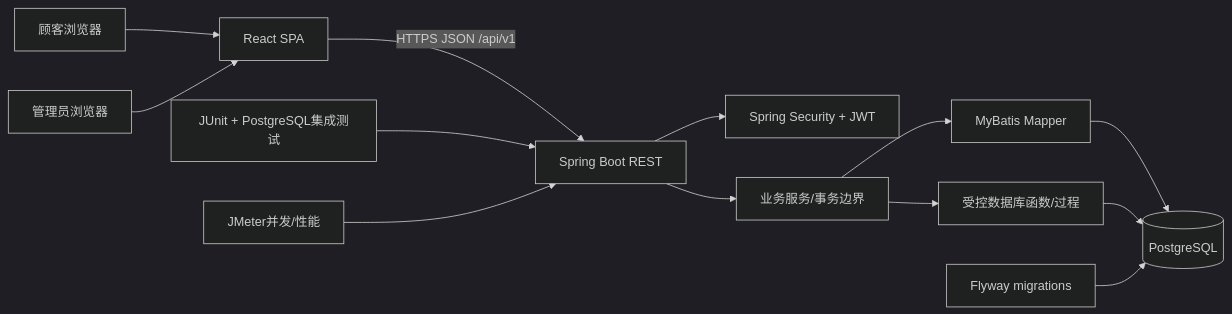
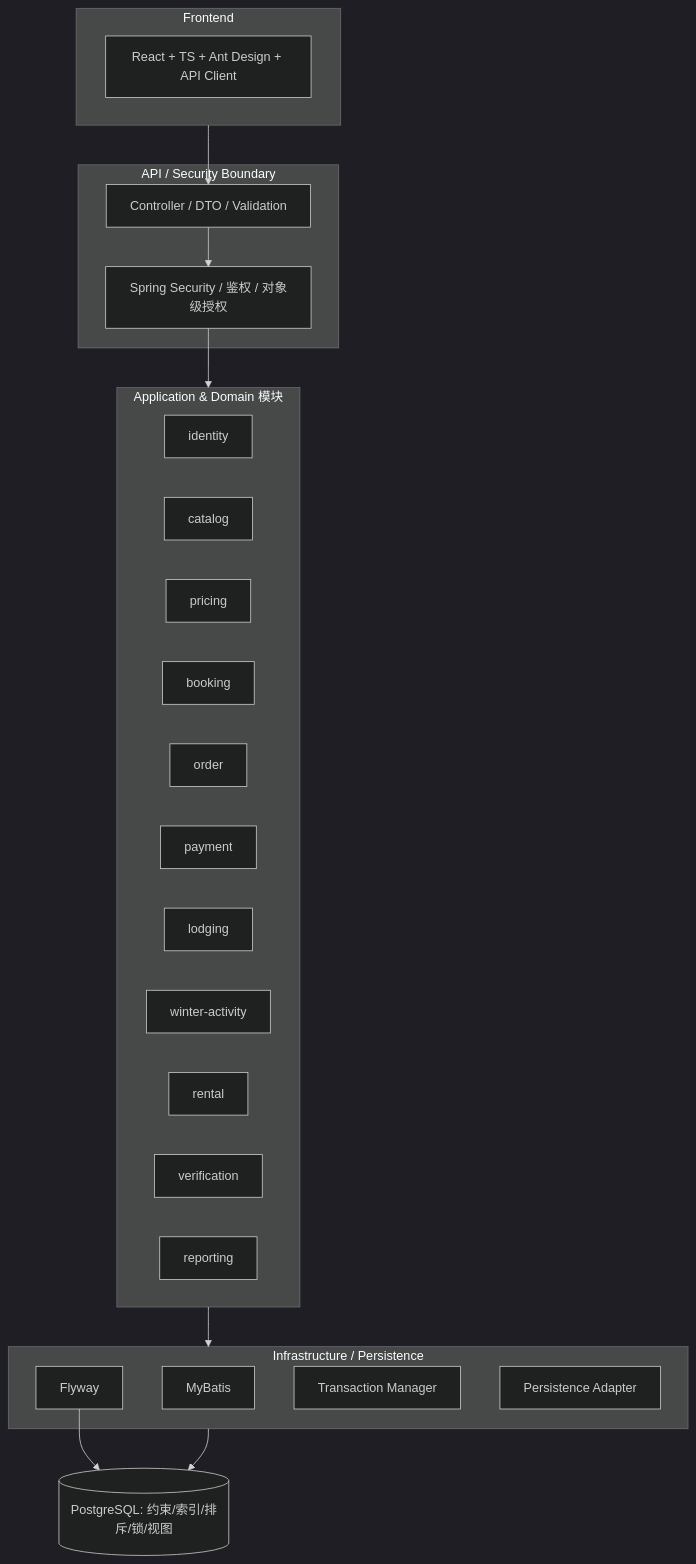
Before and after one commit to kamiweiwei12/-: the first of 3 diagrams in docs/ARCHITECTURE.md, drawn with Mermaid (dark theme). The commit also changed other lines of this file and 4 other files, not shown here.

Commit message:
docs(architecture): revise modular monolith design per owner review

````diff
--- a/docs/ARCHITECTURE.md
+++ b/docs/ARCHITECTURE.md
@@ -7,15 +9,37 @@
 ```mermaid
-flowchart LR
-    Guest[顾客浏览器] --> Web[React SPA]
-    Admin[管理员浏览器] --> Web
-    Web -->|HTTPS JSON /api/v1| API[Spring Boot REST]
-    API --> Security[Spring Security + JWT]
-    API --> Services[业务服务/事务边界]
-    Services --> MyBatis[MyBatis Mapper]
-    Services --> DBFunc[受控数据库函数/过程]
-    MyBatis --> PG[(PostgreSQL)]
-    DBFunc --> PG
-    Flyway[Flyway migrations] --> PG
-    JUnit[JUnit + PostgreSQL集成测试] --> API
-    JMeter[JMeter并发/性能] --> API
+flowchart TB
+    subgraph FE[Frontend]
+        React[React + TS + Ant Design + API Client]
+    end
+    subgraph API[API / Security Boundary]
+        Ctrl[Controller / DTO / Validation]
+        Sec[Spring Security / 鉴权 / 对象级授权]
+    end
+    subgraph Mod[Application & Domain 模块]
+        idn[identity]
+        cat[catalog]
+        prc[pricing]
+        bok[booking]
+        ord[order]
+        pay[payment]
+        lod[lodging]
+        win[winter-activity]
+        rnt[rental]
+        vrf[verification]
+        rpt[reporting]
+    end
+    subgraph Infra[Infrastructure / Persistence]
+        myb[MyBatis]
+        fly[Flyway]
+        tx[Transaction Manager]
+        adp[Persistence Adapter]
+    end
+    PG[(PostgreSQL: 约束/索引/排斥/锁/视图)]
+
+    FE --> Ctrl
+    Ctrl --> Sec
+    Sec --> Mod
+    Mod --> Infra
+    Infra --> PG
+    fly --> PG
 ```
````
